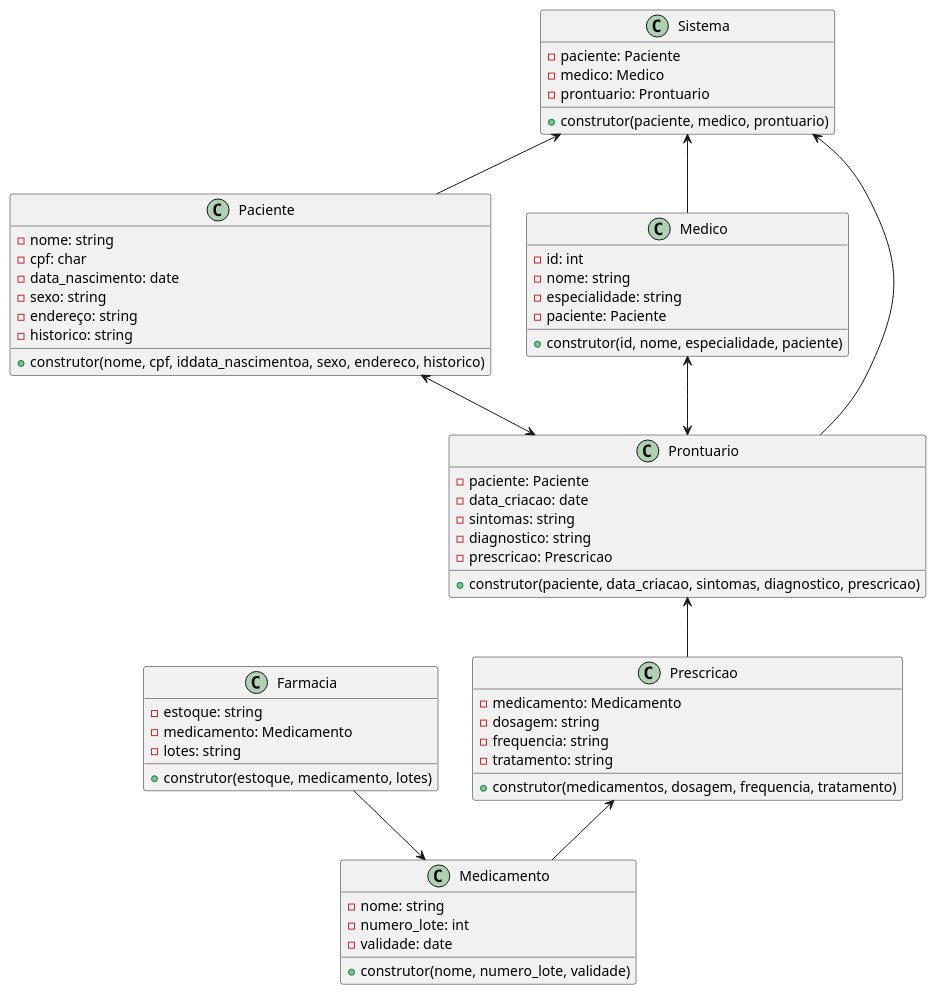
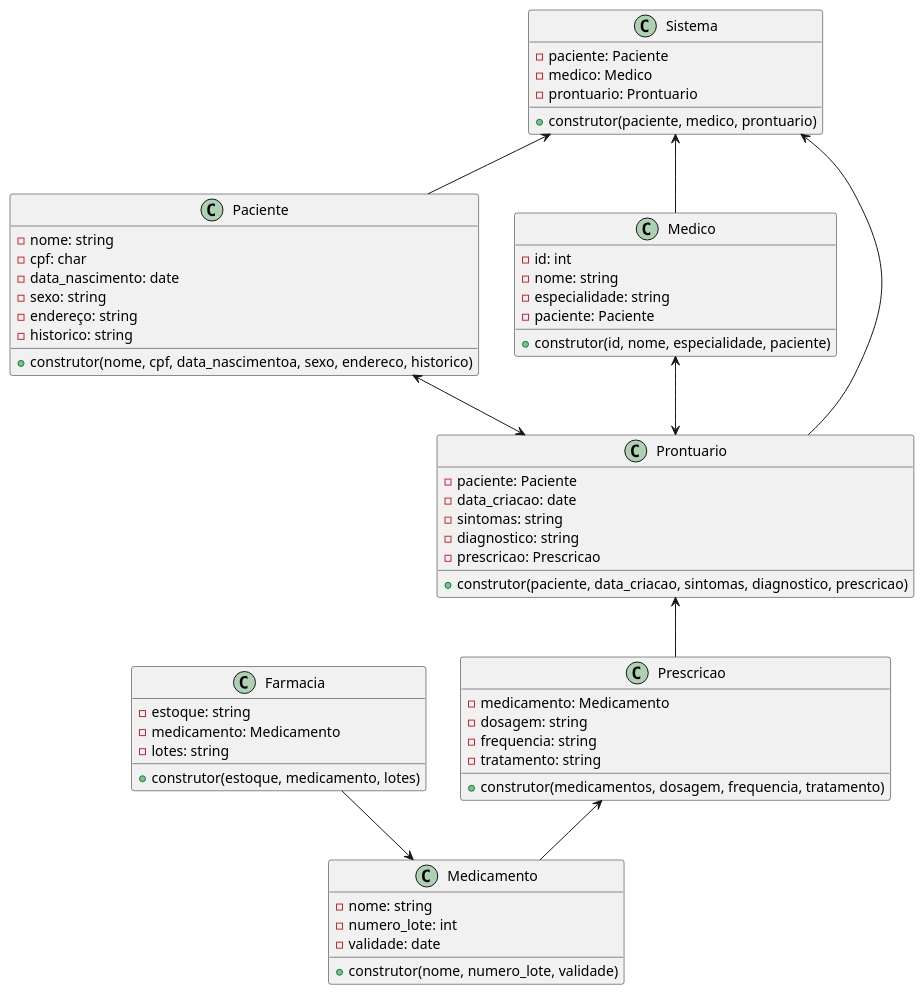
Before and after one commit to anleaes/2023-1-N2-POO-06: the diagram in diagrama/diagramaClasses.plantuml, drawn with PlantUML.

Commit message:
diagrama - ajuste

```diff
--- a/diagrama/diagramaClasses.plantuml
+++ b/diagrama/diagramaClasses.plantuml
@@ -1,72 +1,72 @@
 @startuml prontuarioapp
 
 class Paciente {
   - nome: string
   - cpf: char
   - data_nascimento: date
   - sexo: string
   - endereço: string
   - historico: string
-  + construtor(nome, cpf, iddata_nascimentoa, sexo, endereco, historico)
+  + construtor(nome, cpf, data_nascimentoa, sexo, endereco, historico)
 }
 
 class Medico {
   - id: int
   - nome: string
   - especialidade: string
   - paciente: Paciente
   + construtor(id, nome, especialidade, paciente)
 }
 
 class Medicamento {
   - nome: string
   - numero_lote: int
   - validade: date
   + construtor(nome, numero_lote, validade)
 }
 
 
 class Prescricao {
   - medicamento: Medicamento
   - dosagem: string
   - frequencia: string
   - tratamento: string
   + construtor(medicamentos, dosagem, frequencia, tratamento)
 }
 
 class Prontuario {
   - paciente: Paciente
   - data_criacao: date
   - sintomas: string
   - diagnostico: string
   - prescricao: Prescricao
   + construtor(paciente, data_criacao, sintomas, diagnostico, prescricao)
 }
 
 
 class Farmacia {
   - estoque: string
   - medicamento: Medicamento
   - lotes: string
   + construtor(estoque, medicamento, lotes)
 }
 
 
 class Sistema {
   - paciente: Paciente
   - medico: Medico
   - prontuario: Prontuario
   + construtor(paciente, medico, prontuario)
 }
 
 
 Paciente <--> Prontuario
 Medico <--> Prontuario
 Prontuario <-- Prescricao
 Prescricao <-- Medicamento
 Farmacia --> Medicamento
 Sistema <-- Paciente
 Sistema <-- Medico
 Sistema <-- Prontuario
 
 @enduml
```
